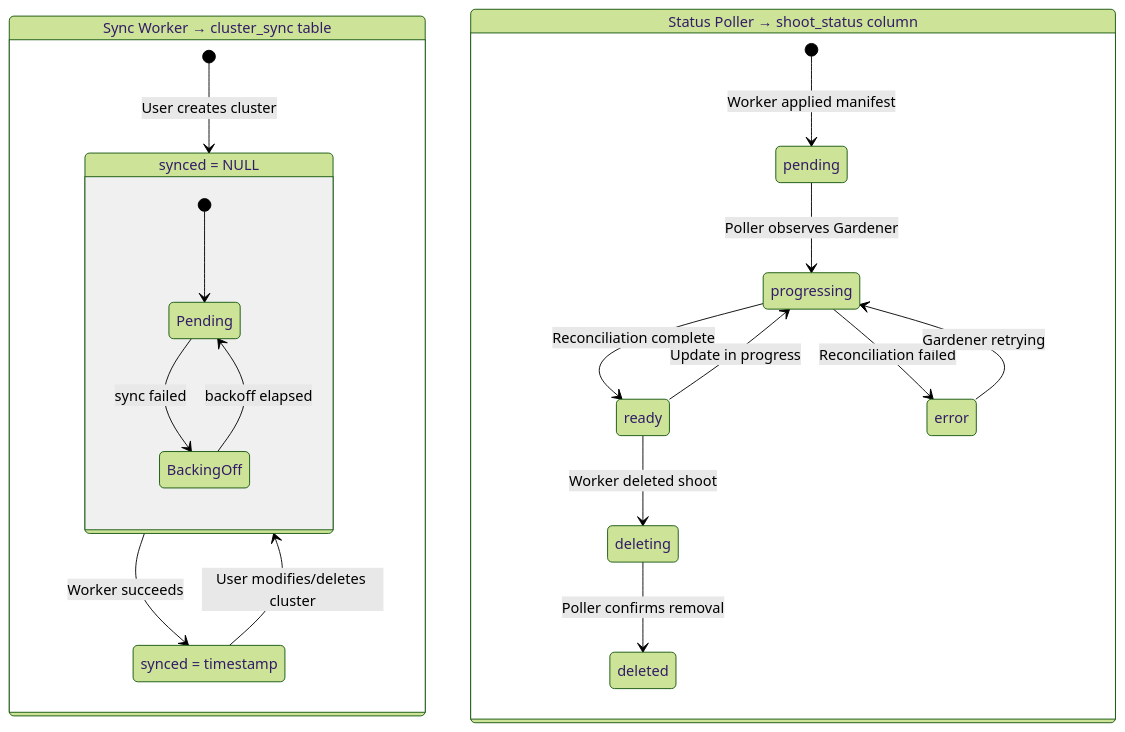
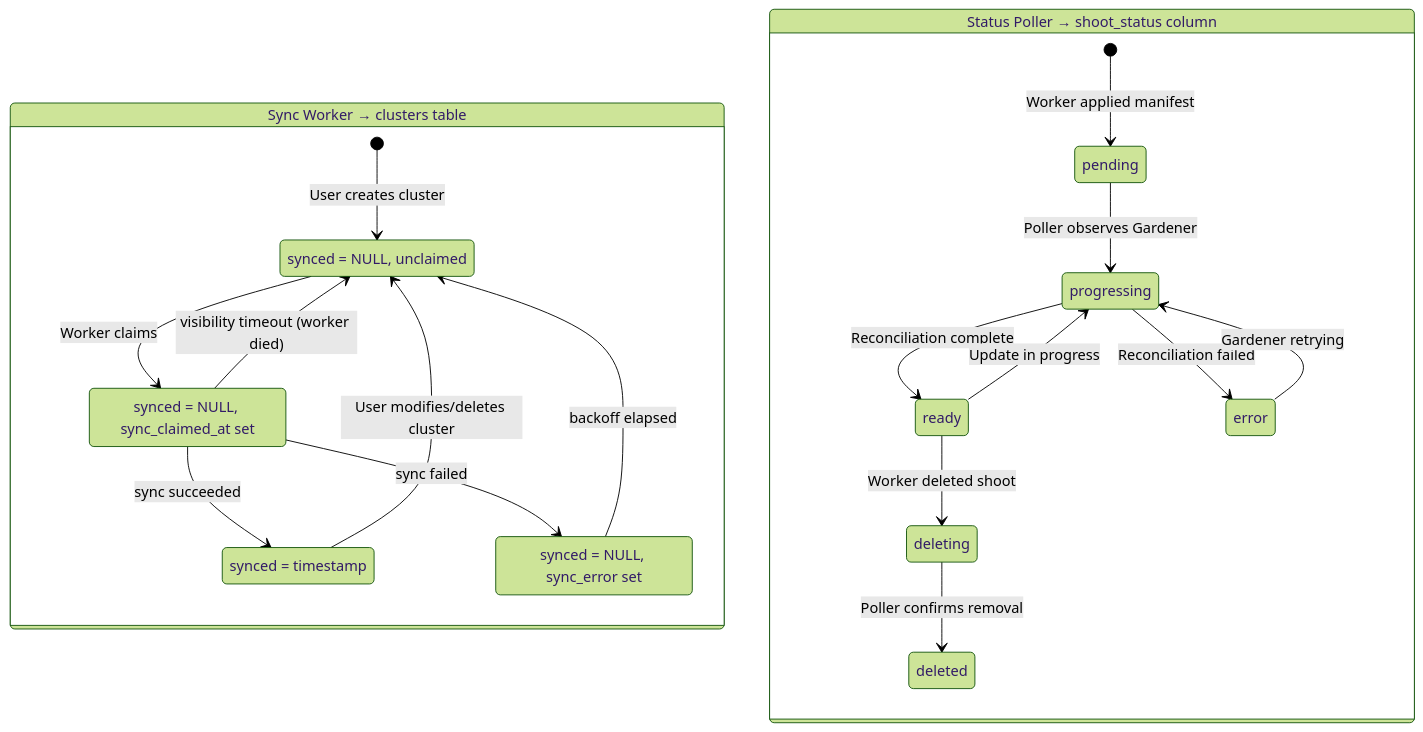
One commit to fundament-oss/fundament changed the second of 2 diagrams in cluster-worker/README.md. Above: the diagram before and after it, drawn with Mermaid (forest theme). The commit also changed other lines of this file and 26 other files, not shown here.

First line of the commit message:
feat(cluster-worker): implement sync improvements and deleting cluster visibility

````diff
--- a/cluster-worker/README.md
+++ b/cluster-worker/README.md
@@ -123,38 +128,38 @@
 ```mermaid
 stateDiagram-v2
     direction TB
 
-    state "Sync Worker → cluster_sync table" as db {
-        [*] --> Unsynced: User creates cluster
-        Synced --> Unsynced: User modifies/deletes cluster
+    state "Sync Worker → clusters table" as db {
+        [*] --> Pending: User creates cluster
+        Synced --> Pending: User modifies/deletes cluster
 
-        state Unsynced {
-            [*] --> Pending
-            Pending --> BackingOff: sync failed
-            BackingOff --> Pending: backoff elapsed
-        }
+        Pending --> Claimed: Worker claims
+        Claimed --> Synced: sync succeeded
+        Claimed --> Failed: sync failed
+        Failed --> Pending: backoff elapsed
+        Claimed --> Pending: visibility timeout (worker died)
 
-        Unsynced --> Synced: Worker succeeds
-
-        Unsynced: synced = NULL
+        Pending: synced = NULL, unclaimed
+        Claimed: synced = NULL, sync_claimed_at set
+        Failed: synced = NULL, sync_error set
         Synced: synced = timestamp
     }
 
     state "Status Poller → shoot_status column" as poller {
         [*] --> Pending2: Worker applied manifest
         Pending2 --> Progressing: Poller observes Gardener
         Progressing --> Ready: Reconciliation complete
         Progressing --> Error: Reconciliation failed
         Error --> Progressing: Gardener retrying
         Ready --> Progressing: Update in progress
         Ready --> Deleting: Worker deleted shoot
         Deleting --> Deleted: Poller confirms removal
 
         Pending2: pending
         Progressing: progressing
         Ready: ready
         Error: error
         Deleting: deleting
         Deleted: deleted
     }
 ```
````
